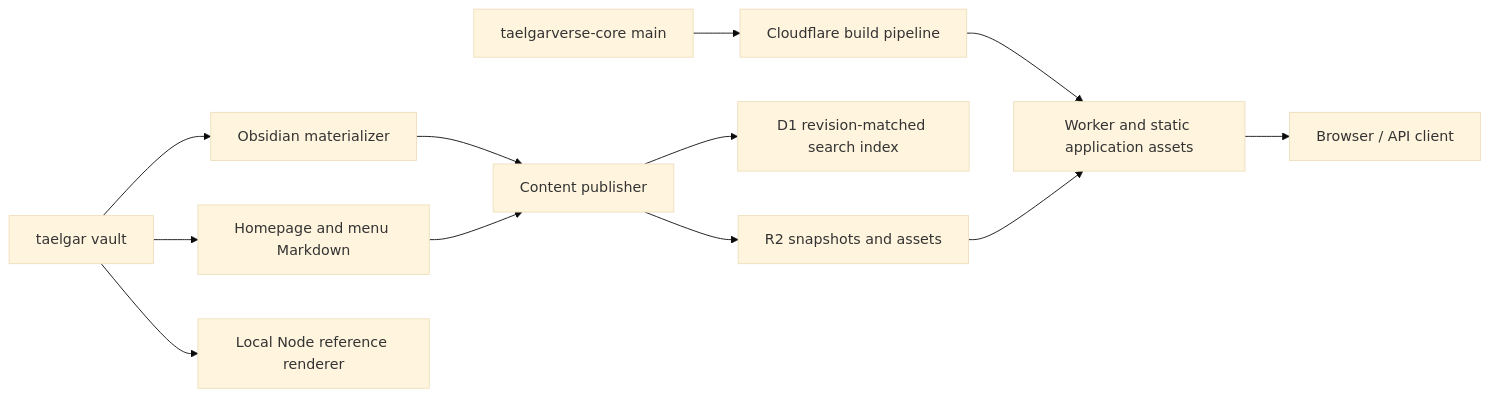
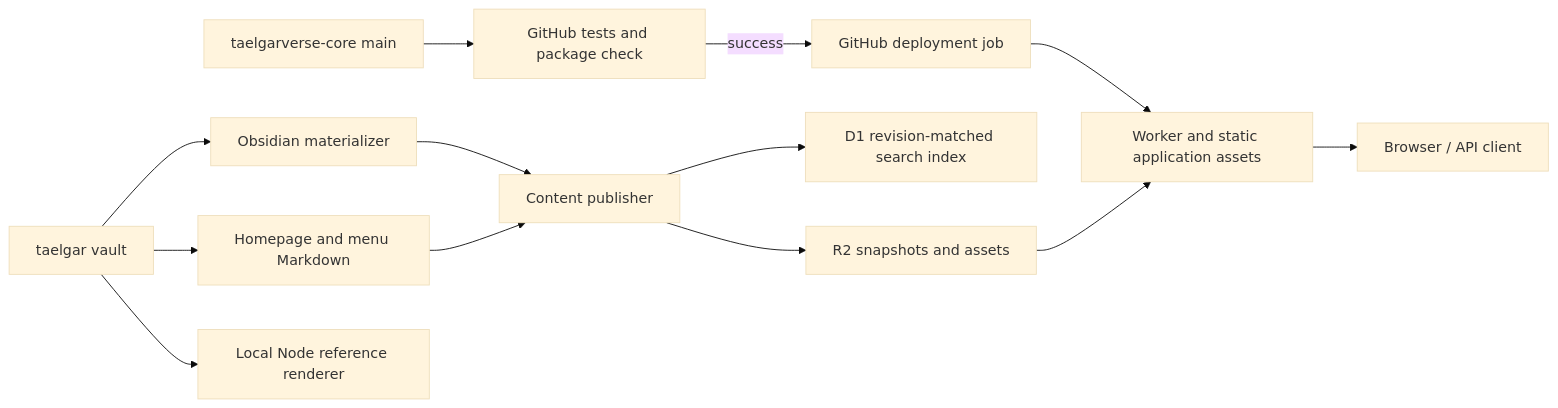
Before and after one commit to msackton/taelgarverse-core: the diagram in docs/architecture.md, drawn with Mermaid (base theme). The commit also changed other lines of this file and 25 other files, not shown here.

Commit message:
Simplify development workflows and gate Cloudflare deployment on CI

````diff
--- a/docs/architecture.md
+++ b/docs/architecture.md
@@ -23,14 +23,15 @@
 ```mermaid
 flowchart LR
     V[taelgar vault] --> O[Obsidian materializer]
     O --> P[Content publisher]
     V --> S[Homepage and menu Markdown]
     S --> P
     P --> R[R2 snapshots and assets]
     P --> D[D1 revision-matched search index]
-    C[taelgarverse-core main] --> B[Cloudflare build pipeline]
+    C[taelgarverse-core main] --> T[GitHub tests and package check]
+    T -->|success| B[GitHub deployment job]
     B --> W[Worker and static application assets]
     R --> W
     W --> U[Browser / API client]
     V --> N[Local Node reference renderer]
 ```
````
